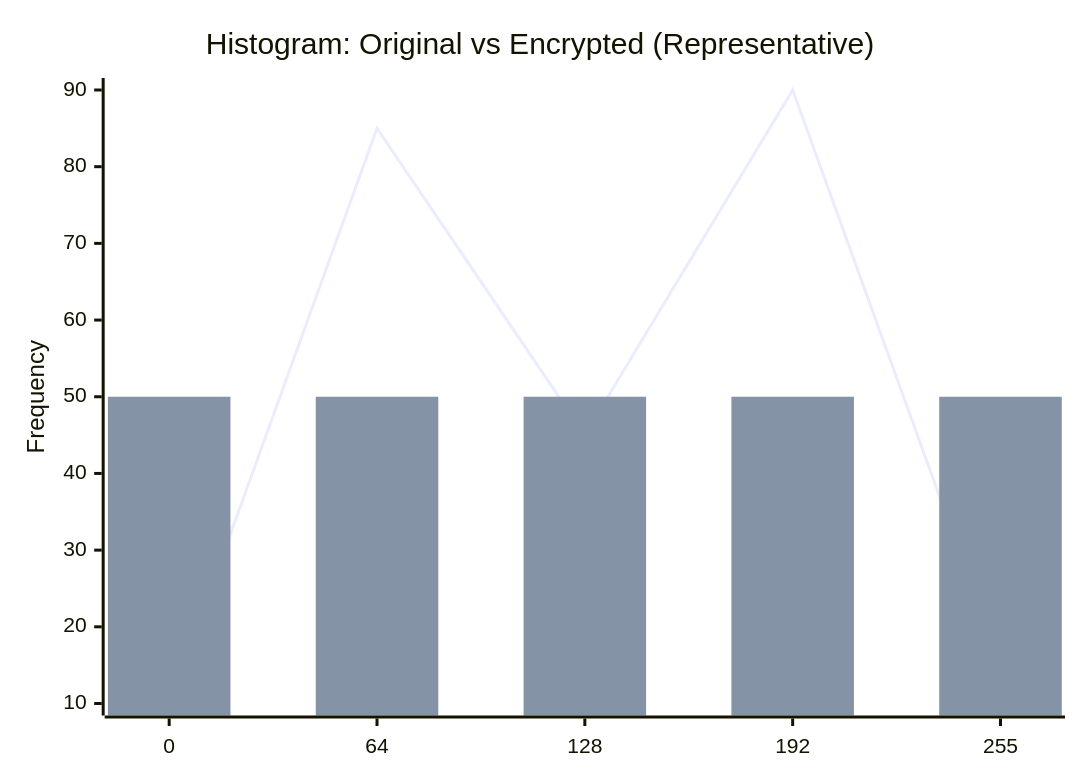
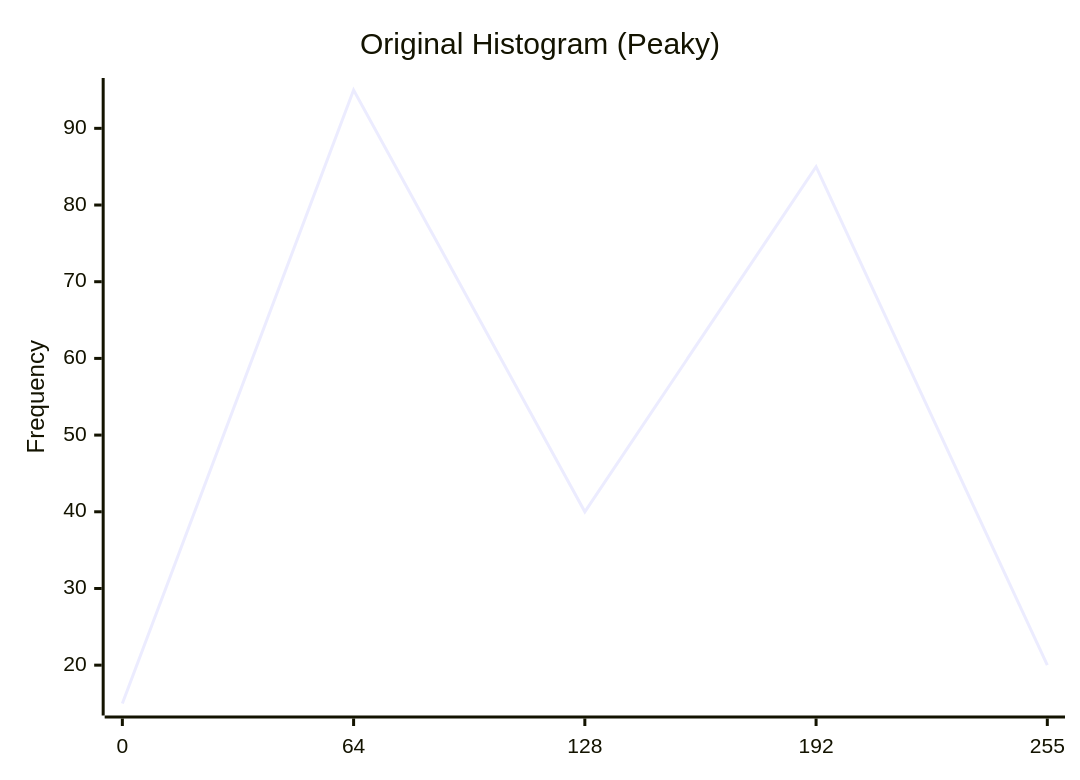
One commit to faaiyaazzzz/secure-healthcare-hybrid-encryption changed the fourth of 7 diagrams in README.md. Above: the diagram before and after it, drawn with Mermaid. The commit also changed other lines of this file, not shown here.

Commit message:
docs: Add detailed histograms and correlation graphs for comprehensive security validation

````diff
--- a/README.md
+++ b/README.md
@@ -149,8 +151,7 @@
 ```mermaid
 xychart-beta
-    title "Histogram: Original vs Encrypted (Representative)"
+    title "Original Histogram (Peaky)"
     x-axis ["0", "64", "128", "192", "255"]
     y-axis "Frequency"
-    line [10, 85, 45, 90, 15]
-    bar [50, 50, 50, 50, 50]
+    line [15, 95, 40, 85, 20]
 ```
````
